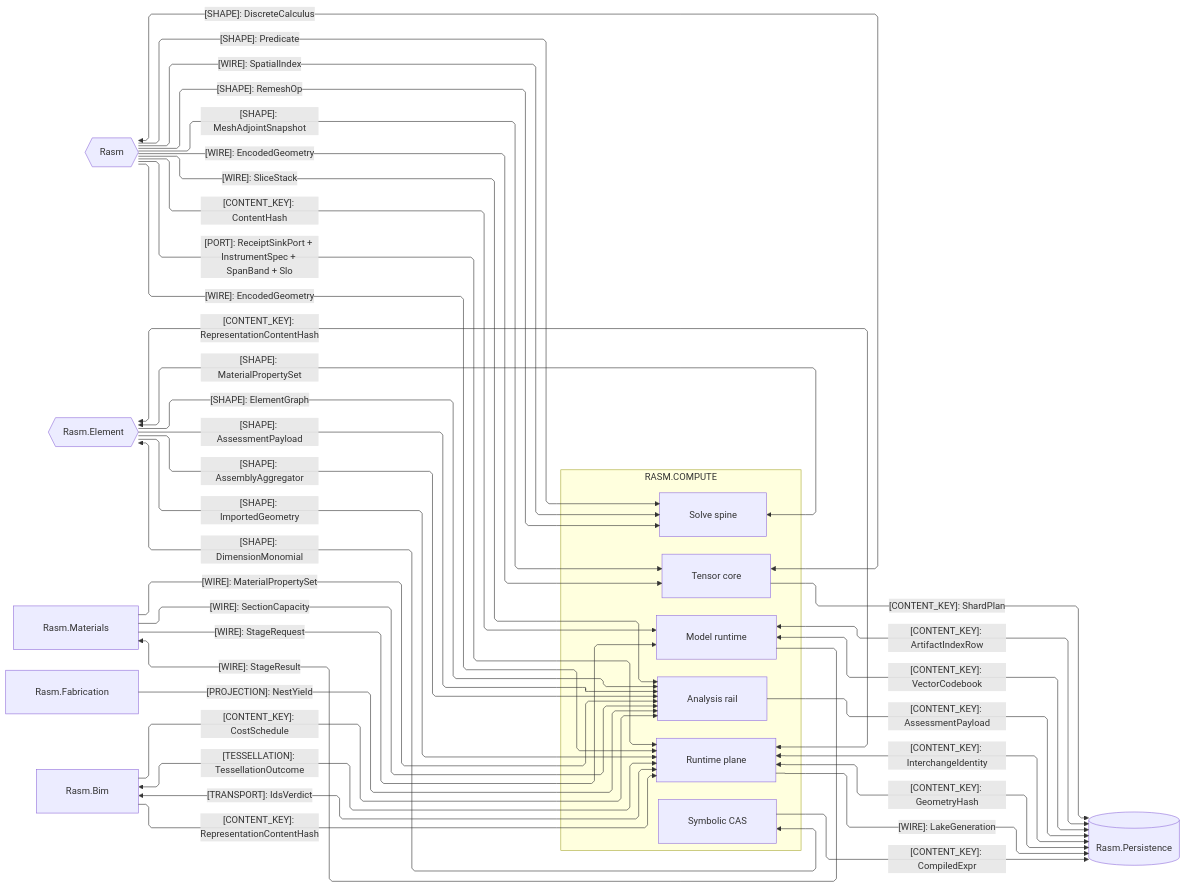
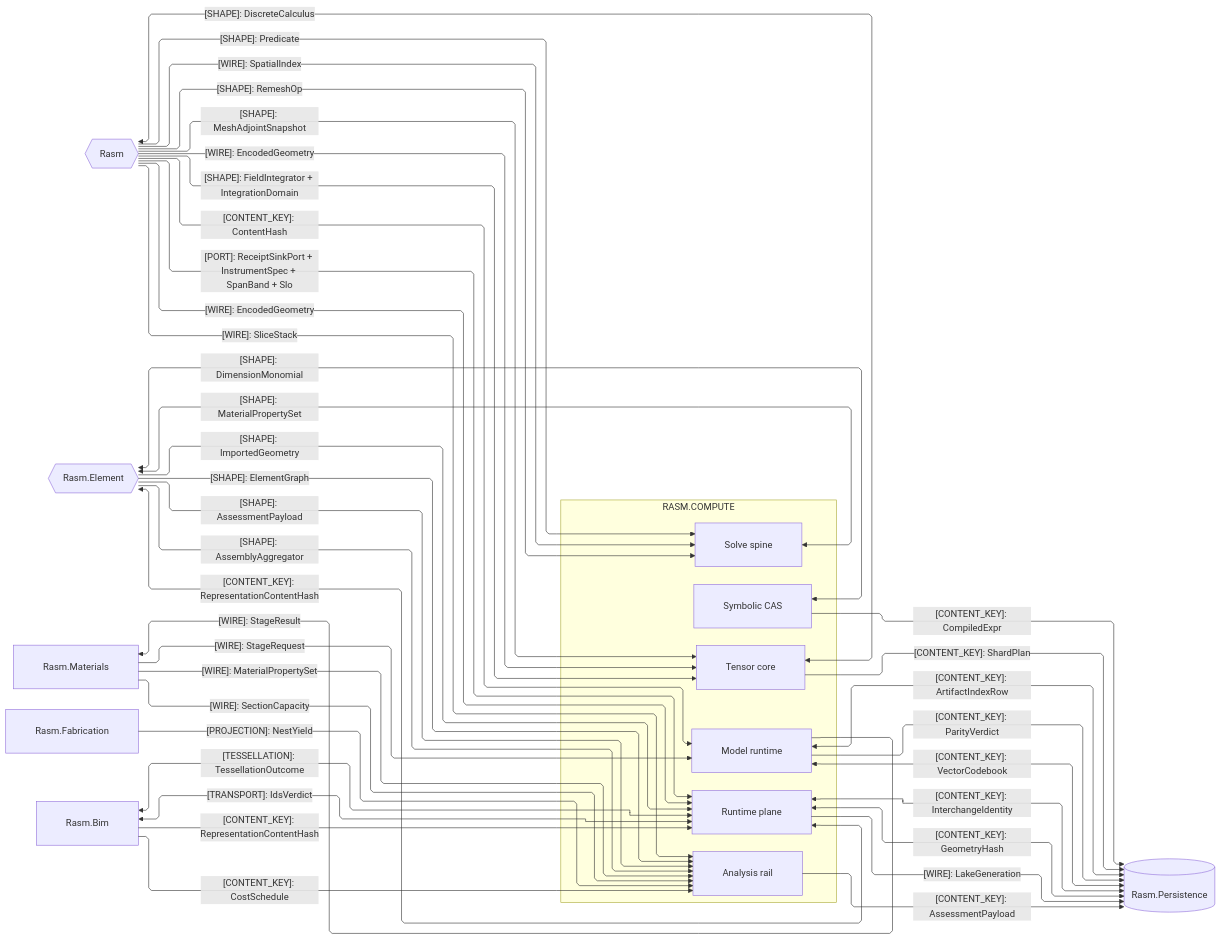
Before and after one commit to bsamiee/Rasm: the second of 4 diagrams in libs/csharp/Rasm.Compute/ARCHITECTURE.md, drawn with Mermaid. The commit also changed other lines of this file and 108 other files, not shown here.

Commit message:
Land the coldpass doc-set deltas across README, ARCHITECTURE, RULINGS, IDEAS, and TASKLOG files

````diff
--- a/libs/csharp/Rasm.Compute/ARCHITECTURE.md
+++ b/libs/csharp/Rasm.Compute/ARCHITECTURE.md
@@ -132,60 +134,62 @@
 ```mermaid
 ---
 config:
   layout: elk
   flowchart:
     curve: linear
     padding: 25
 ---
 flowchart LR
     accTitle: Compute AEC-domain and storage seams
     accDescr: Compute sub-domain owners exchanging content keys, neutral shapes, wires, projections, transport, and tessellation with the kernel, the Element/Materials/Bim/Fabrication AEC peers, and the persistence store, one edge per contract family labeled by kind and shared shape.
     subgraph compute[RASM.COMPUTE]
         Model[Model runtime]
         Tensor[Tensor core]
         Solver[Solve spine]
         Symbolic[Symbolic CAS]
         Analysis[Analysis rail]
         Runtime[Runtime plane]
     end
     Rasm{{Rasm}}
     Persistence[(Rasm.Persistence)]
     Element{{Rasm.Element}}
     Materials[Rasm.Materials]
     Fabrication[Rasm.Fabrication]
     Bim[Rasm.Bim]
     Rasm e1@-->|"[CONTENT_KEY]: ContentHash"| Model
     Rasm e22@-->|"[PORT]: ReceiptSinkPort + InstrumentSpec + SpanBand + Slo"| Runtime
     Rasm e2@-->|"[SHAPE]: Predicate"| Solver
     Tensor e3@<-->|"[SHAPE]: DiscreteCalculus"| Rasm
     Rasm e4@-->|"[WIRE]: SliceStack"| Analysis
     Rasm e18@-->|"[SHAPE]: MeshAdjointSnapshot"| Tensor
     Rasm e19@-->|"[WIRE]: SpatialIndex"| Solver
     Rasm e20@-->|"[SHAPE]: RemeshOp"| Solver
     Rasm e21@-->|"[WIRE]: EncodedGeometry"| Tensor
+    Rasm e34@-->|"[SHAPE]: FieldIntegrator + IntegrationDomain"| Tensor
     Model e15@<-->|"[CONTENT_KEY]: ArtifactIndexRow"| Persistence
+    Model e35@-->|"[CONTENT_KEY]: ParityVerdict"| Persistence
     Model e27@<-->|"[CONTENT_KEY]: VectorCodebook"| Persistence
     Tensor e16@-->|"[CONTENT_KEY]: ShardPlan"| Persistence
     Symbolic e14@-->|"[CONTENT_KEY]: CompiledExpr"| Persistence
     Analysis e13@-->|"[CONTENT_KEY]: AssessmentPayload"| Persistence
     Runtime e17@<-->|"[CONTENT_KEY]: InterchangeIdentity"| Persistence
     Runtime e28@<-->|"[CONTENT_KEY]: GeometryHash"| Persistence
     Runtime e29@-->|"[WIRE]: LakeGeneration"| Persistence
     Rasm e30@-->|"[WIRE]: EncodedGeometry"| Runtime
     Solver e8@<-->|"[SHAPE]: MaterialPropertySet"| Element
     Symbolic e7@<-->|"[SHAPE]: DimensionMonomial"| Element
     Element e5@-->|"[SHAPE]: ElementGraph"| Analysis
     Element e22@-->|"[SHAPE]: AssessmentPayload"| Analysis
     Runtime e6@<-->|"[CONTENT_KEY]: RepresentationContentHash"| Element
     Element e33@-->|"[SHAPE]: ImportedGeometry"| Runtime
     Element e10@-->|"[SHAPE]: AssemblyAggregator"| Analysis
     Materials e9@-->|"[WIRE]: MaterialPropertySet"| Analysis
     Materials e23@-->|"[WIRE]: SectionCapacity"| Analysis
     Materials e31@-->|"[WIRE]: StageRequest"| Model
     Model e32@-->|"[WIRE]: StageResult"| Materials
     Fabrication e12@-->|"[PROJECTION]: NestYield"| Analysis
     Bim e11@<-->|"[TESSELLATION]: TessellationOutcome"| Runtime
     Bim e24@<-->|"[TRANSPORT]: IdsVerdict"| Runtime
     Bim e25@-->|"[CONTENT_KEY]: RepresentationContentHash"| Runtime
     Bim e26@-->|"[CONTENT_KEY]: CostSchedule"| Analysis
 ```
````
